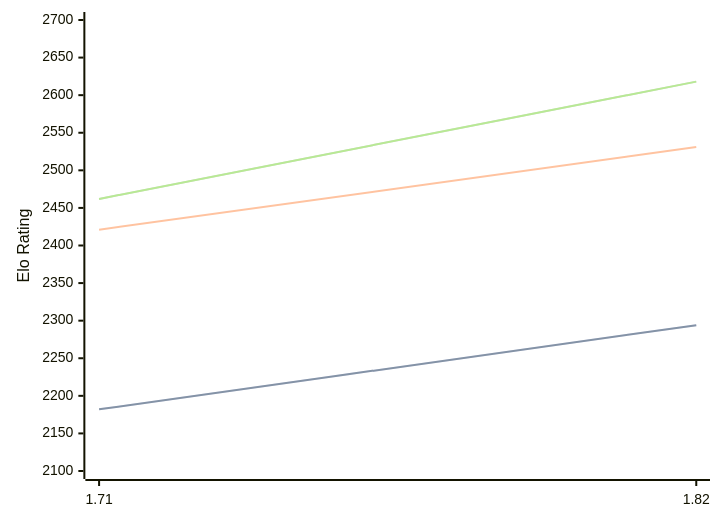
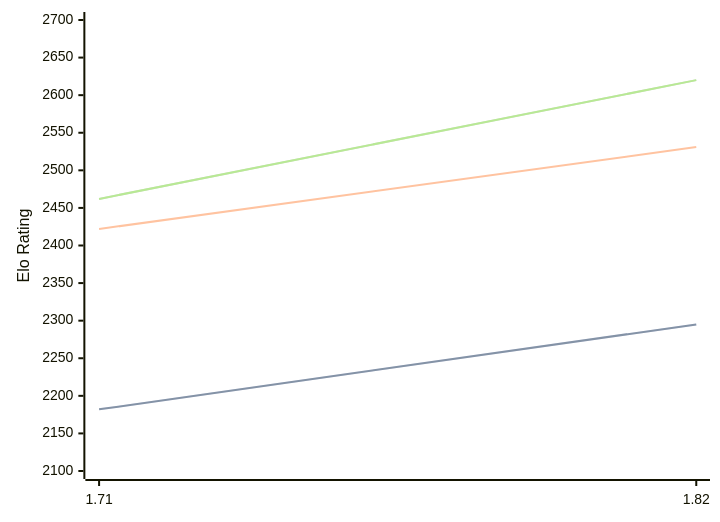
One commit to computer-chess-index/cci changed the diagram in engines/Amira.md. Above: the diagram before and after it, drawn with Mermaid. The commit also changed other lines of this file, not shown here.

Commit message:
Update CCI Ratings (ELO VLTC) - 2026-08-20

````diff
--- a/engines/Amira.md
+++ b/engines/Amira.md
@@ -32,11 +32,11 @@
 ```mermaid
 %%{init: {"theme":"base","themeVariables":{"seriesColors:['#a3a3a3','#222221','#faa371']}}}%%
 xychart-beta
   x-axis ["1.71", "1.82"]
   y-axis "Elo Rating" 2100 --> 2700
-  line "STC (8.0+0.08s)" [2182, 2294]
-  line "STC (8.0+0.08s)" [2182, 2294]
-  line "LTC (60.0+0.60s)" [2421, 2531]
-  line "VLTC (2m24s+1.12s)" [2462, 2618]
-  line "VLTC (2m24s+1.12s)" [2462, 2618]
+  line "STC (8.0+0.08s)" [2182, 2295]
+  line "STC (8.0+0.08s)" [2182, 2295]
+  line "LTC (60.0+0.60s)" [2422, 2531]
+  line "VLTC (2m24s+1.12s)" [2462, 2620]
+  line "VLTC (2m24s+1.12s)" [2462, 2620]
 ```
````
